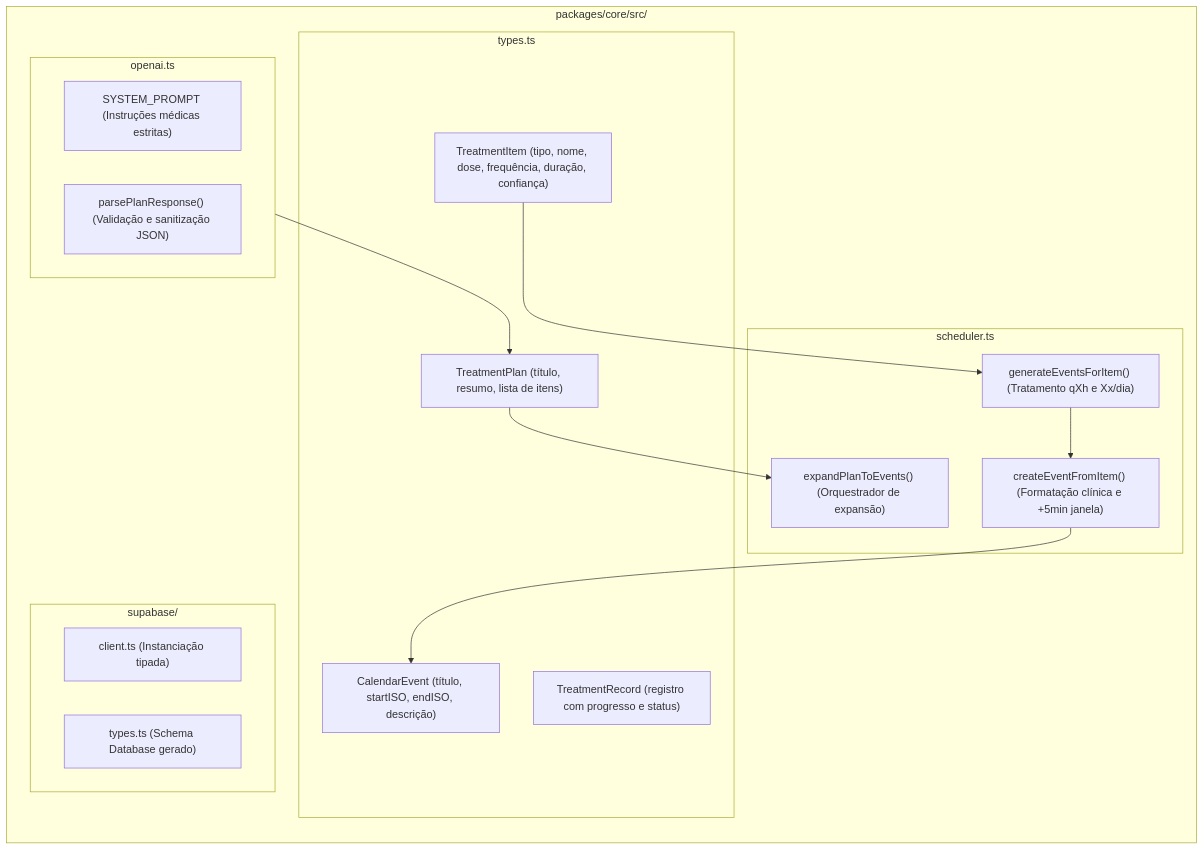
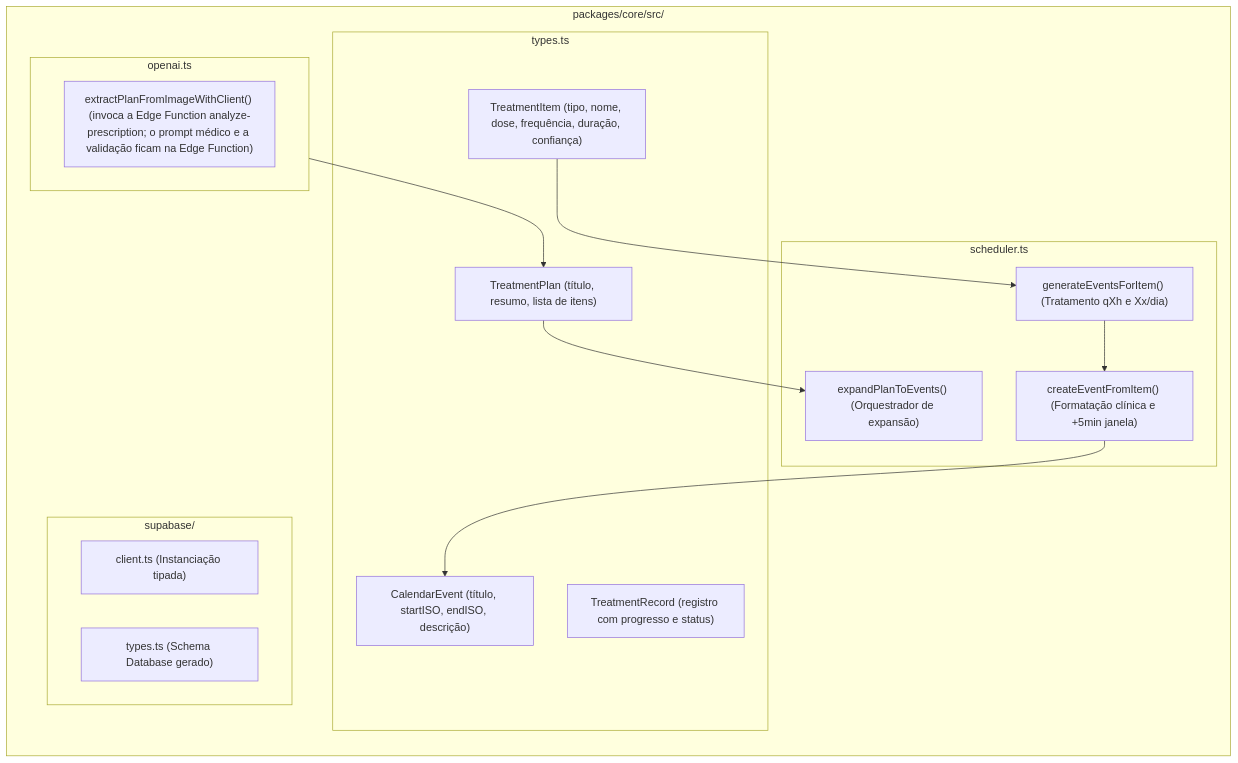
One commit to alessandrolorenz/pill-parse-plan changed the fifth of 9 diagrams in ARCHITECTURE.md. Above: the diagram before and after it, drawn with Mermaid. The commit also changed other lines of this file and 21 other files, not shown here.

````diff
--- a/ARCHITECTURE.md
+++ b/ARCHITECTURE.md
@@ -251,33 +254,32 @@
 ```mermaid
 graph LR
     subgraph PackagesCore["packages/core/src/"]
         subgraph DomainTypes["types.ts"]
             TreatmentItem["TreatmentItem (tipo, nome, dose, frequência, duração, confiança)"]
             TreatmentPlan["TreatmentPlan (título, resumo, lista de itens)"]
             CalendarEvent["CalendarEvent (título, startISO, endISO, descrição)"]
             TreatmentRecord["TreatmentRecord (registro com progresso e status)"]
         end
 
         subgraph CoreScheduler["scheduler.ts"]
             expandPlanToEvents["expandPlanToEvents() (Orquestrador de expansão)"]
             generateEventsForItem["generateEventsForItem() (Tratamento qXh e Xx/dia)"]
             createEventFromItem["createEventFromItem() (Formatação clínica e +5min janela)"]
         end
 
         subgraph OpenAICore["openai.ts"]
-            SystemPrompt["SYSTEM_PROMPT (Instruções médicas estritas)"]
-            ParsePlan["parsePlanResponse() (Validação e sanitização JSON)"]
+            ExtractPlan["extractPlanFromImageWithClient() (invoca a Edge Function analyze-prescription; o prompt médico e a validação ficam na Edge Function)"]
         end
 
         subgraph SupabaseCore["supabase/"]
             ClientCore["client.ts (Instanciação tipada)"]
             DBCoreTypes["types.ts (Schema Database gerado)"]
         end
     end
 
     TreatmentPlan --> expandPlanToEvents
     TreatmentItem --> generateEventsForItem
     generateEventsForItem --> createEventFromItem
     createEventFromItem --> CalendarEvent
     OpenAICore --> TreatmentPlan
 ```
````
